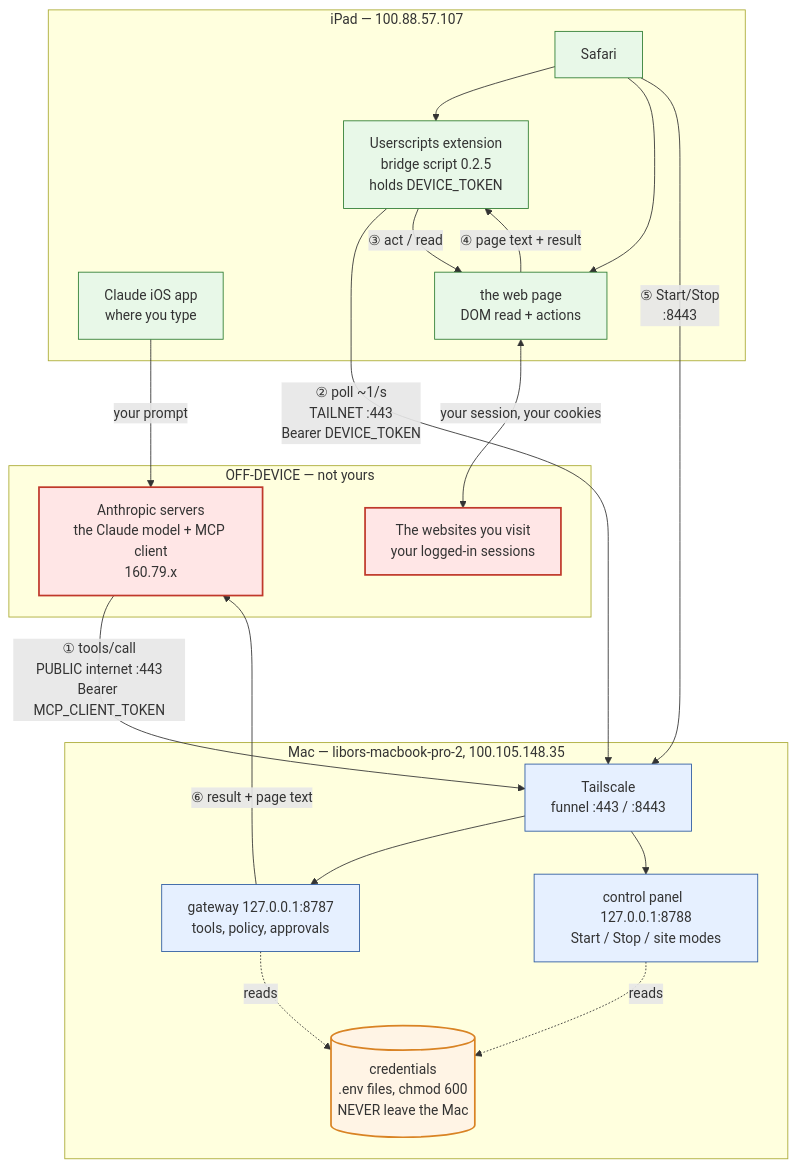
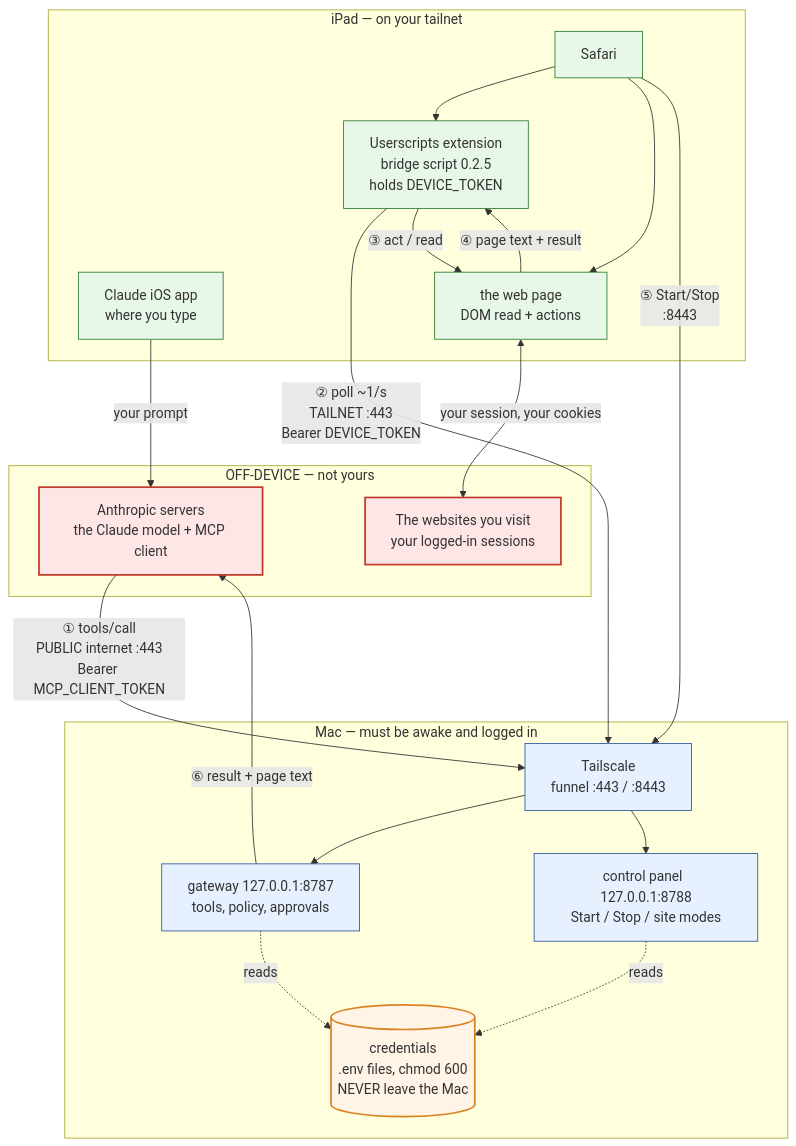
The first of 2 diagrams in docs/ARCHITECTURE-DATAFLOW.md (SearchingFool/Safari-ai-agent), drawn with Mermaid before and after one commit. The commit also changed other lines of this file and 2 other files, not shown here.

````diff
--- a/docs/ARCHITECTURE-DATAFLOW.md
+++ b/docs/ARCHITECTURE-DATAFLOW.md
@@ -29,45 +29,45 @@
 ```mermaid
 flowchart TB
     subgraph OFF["OFF-DEVICE — not yours"]
-        ANT["Anthropic servers<br/>the Claude model + MCP client<br/>160.79.x"]
+        ANT["Anthropic servers<br/>the Claude model + MCP client"]
         WEB["The websites you visit<br/>your logged-in sessions"]
     end
 
-    subgraph IPAD["iPad — 100.88.57.107"]
+    subgraph IPAD["iPad — on your tailnet"]
         CAPP["Claude iOS app<br/>where you type"]
         SAF["Safari"]
         US["Userscripts extension<br/>bridge script 0.2.5<br/>holds DEVICE_TOKEN"]
         PAGE["the web page<br/>DOM read + actions"]
         SAF --> US
         SAF --> PAGE
     end
 
-    subgraph MAC["Mac — libors-macbook-pro-2, 100.105.148.35"]
+    subgraph MAC["Mac — must be awake and logged in"]
         TS["Tailscale<br/>funnel :443 / :8443"]
         GW["gateway  127.0.0.1:8787<br/>tools, policy, approvals"]
         CTL["control panel  127.0.0.1:8788<br/>Start / Stop / site modes"]
         SEC[("credentials<br/>.env files, chmod 600<br/>NEVER leave the Mac")]
         TS --> GW
         TS --> CTL
         GW -.reads.-> SEC
         CTL -.reads.-> SEC
     end
 
     CAPP -->|"your prompt"| ANT
     ANT -->|"① tools/call<br/>PUBLIC internet :443<br/>Bearer MCP_CLIENT_TOKEN"| TS
     US -->|"② poll ~1/s<br/>TAILNET :443<br/>Bearer DEVICE_TOKEN"| TS
     US -->|"③ act / read"| PAGE
     PAGE -->|"④ page text + result"| US
     SAF -->|"⑤ Start/Stop<br/>:8443"| TS
     PAGE <-->|"your session, your cookies"| WEB
     GW -->|"⑥ result + page text"| ANT
 
     classDef off fill:#ffe6e6,stroke:#c0392b,stroke-width:2px
     classDef mac fill:#e6f0ff,stroke:#2c5aa0
     classDef ipad fill:#e8f8e8,stroke:#2e7d32
     classDef secret fill:#fff4e5,stroke:#d98324,stroke-width:2px
     class ANT,WEB off
     class TS,GW,CTL mac
     class CAPP,SAF,US,PAGE ipad
     class SEC secret
 ```
````
